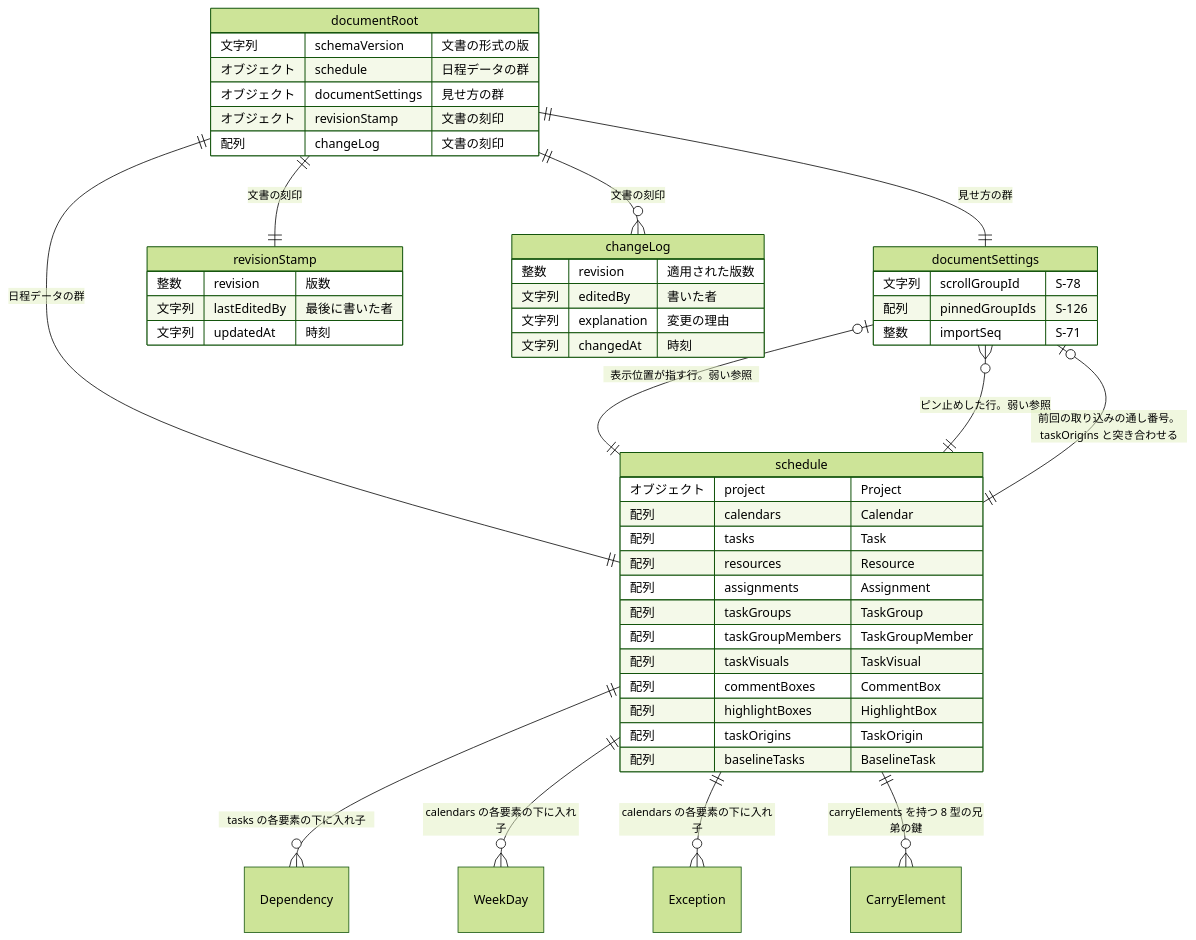
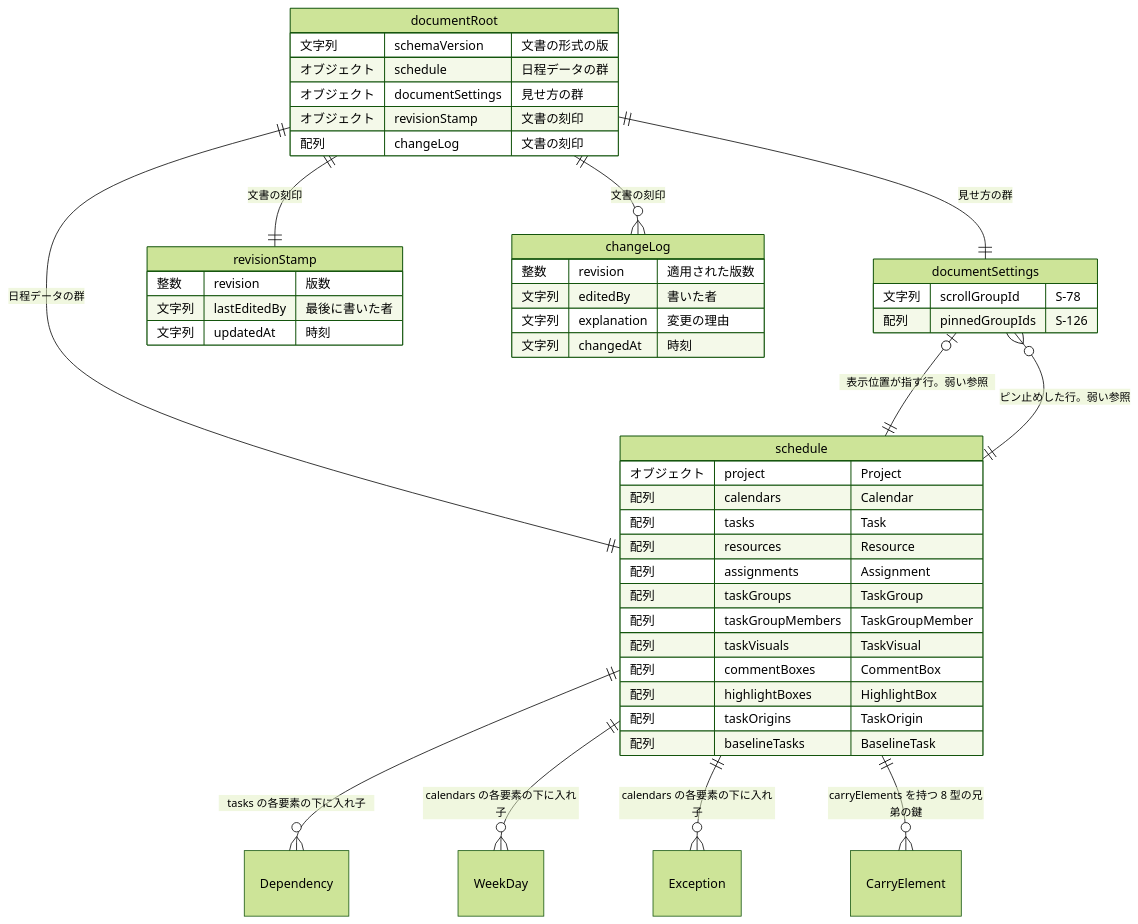
One commit to GoodRelax/gr-scheduler changed the diagram in docs/spec/_assets/fig-erd-overview.md. Above: the diagram before and after it, drawn with Mermaid (forest theme). The commit also changed 6 other files, not shown here.

First line of the commit message:
Give importSeq the home the spec already implied

````diff
--- a/docs/spec/_assets/fig-erd-overview.md
+++ b/docs/spec/_assets/fig-erd-overview.md
@@ -15,56 +15,54 @@
 ```mermaid
 ---
 config:
   er:
     entityPadding: 6
 ---
 erDiagram
     documentRoot {
         文字列 schemaVersion "文書の形式の版"
         オブジェクト schedule "日程データの群"
         オブジェクト documentSettings "見せ方の群"
         オブジェクト revisionStamp "文書の刻印"
         配列 changeLog "文書の刻印"
     }
     schedule {
         オブジェクト project "Project"
         配列 calendars "Calendar"
         配列 tasks "Task"
         配列 resources "Resource"
         配列 assignments "Assignment"
         配列 taskGroups "TaskGroup"
         配列 taskGroupMembers "TaskGroupMember"
         配列 taskVisuals "TaskVisual"
         配列 commentBoxes "CommentBox"
         配列 highlightBoxes "HighlightBox"
         配列 taskOrigins "TaskOrigin"
         配列 baselineTasks "BaselineTask"
     }
     documentSettings {
         文字列 scrollGroupId "S-78"
         配列 pinnedGroupIds "S-126"
-        整数 importSeq "S-71"
     }
     revisionStamp {
         整数 revision "版数"
         文字列 lastEditedBy "最後に書いた者"
         文字列 updatedAt "時刻"
     }
     changeLog {
         整数 revision "適用された版数"
         文字列 editedBy "書いた者"
         文字列 explanation "変更の理由"
         文字列 changedAt "時刻"
     }
     documentRoot ||--|| schedule : "日程データの群"
     documentRoot ||--|| documentSettings : "見せ方の群"
     documentRoot ||--|| revisionStamp : "文書の刻印"
     documentRoot ||--o{ changeLog : "文書の刻印"
     schedule ||--o{ Dependency : "tasks の各要素の下に入れ子"
     schedule ||--o{ WeekDay : "calendars の各要素の下に入れ子"
     schedule ||--o{ Exception : "calendars の各要素の下に入れ子"
     schedule ||--o{ CarryElement : "carryElements を持つ 8 型の兄弟の鍵"
     documentSettings |o--|| schedule : "表示位置が指す行。弱い参照"
     documentSettings }o--|| schedule : "ピン止めした行。弱い参照"
-    documentSettings |o--|| schedule : "前回の取り込みの通し番号。taskOrigins と突き合わせる"
 ```
````
